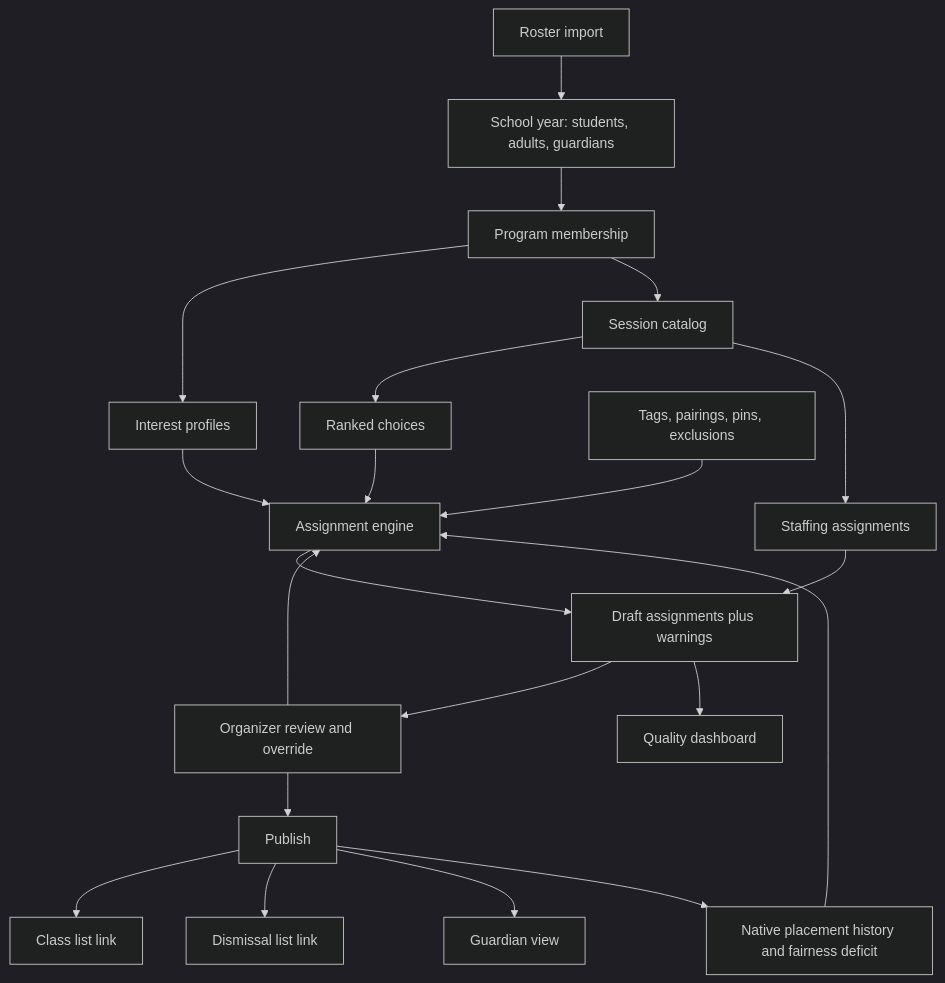
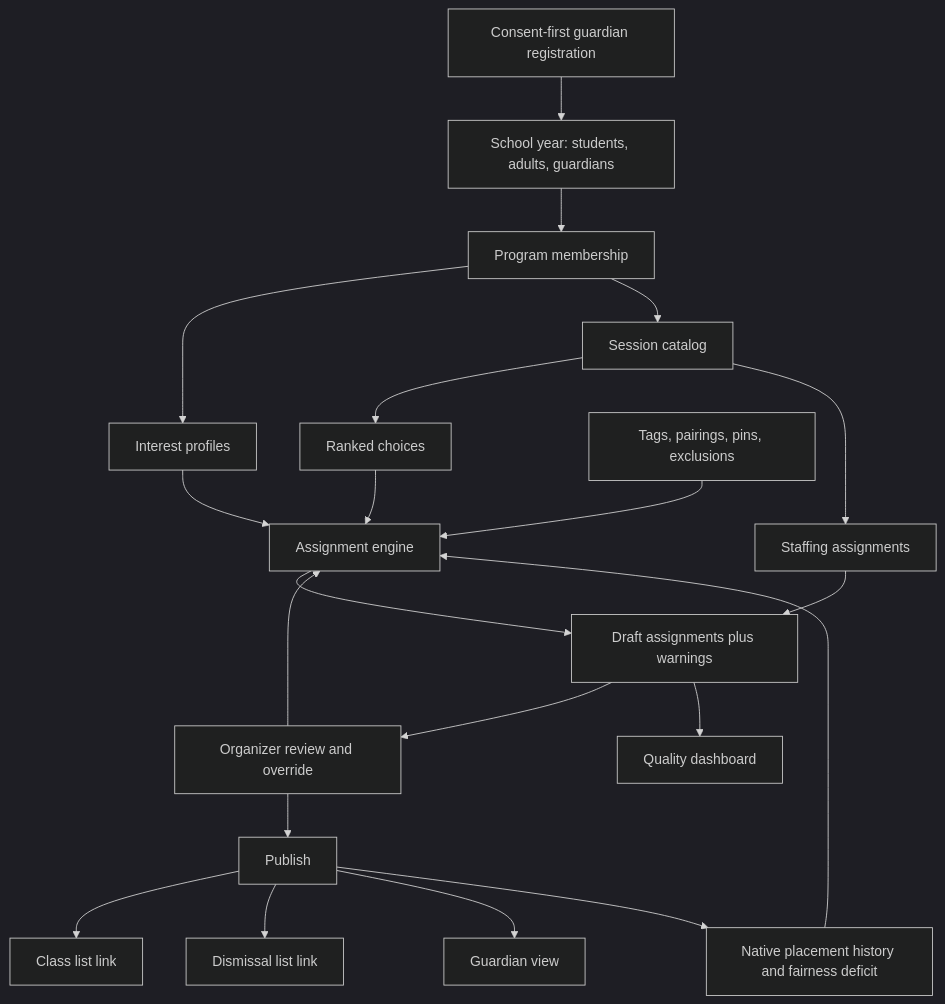
The first of 3 diagrams in SPEC.md (christophergm/miniclass), drawn with Mermaid (dark theme) before and after one commit. The commit also changed other lines of this file and 6 other files, not shown here.

````diff
--- a/SPEC.md
+++ b/SPEC.md
@@ -678,23 +661,23 @@
 ```mermaid
 flowchart TD
-    IMP[Roster import] --> SY[School year: students, adults, guardians]
+    REG[Consent-first guardian registration] --> SY[School year: students, adults, guardians]
     SY --> PM[Program membership]
     PM --> IP[Interest profiles]
     PM --> CAT[Session catalog]
     CAT --> RC[Ranked choices]
     CAT --> STF[Staffing assignments]
     IP --> SOLVE[Assignment engine]
     RC --> SOLVE
     RULES[Tags, pairings, pins, exclusions] --> SOLVE
     HIST[Native placement history and fairness deficit] --> SOLVE
     SOLVE --> DRAFT[Draft assignments plus warnings]
     DRAFT --> REVIEW[Organizer review and override]
     REVIEW --> SOLVE
     REVIEW --> PUB[Publish]
     PUB --> CL[Class list link]
     PUB --> DL[Dismissal list link]
     PUB --> HV[Guardian view]
     PUB --> HIST
     STF --> DRAFT
     DRAFT --> QR[Quality dashboard]
 ```
````
